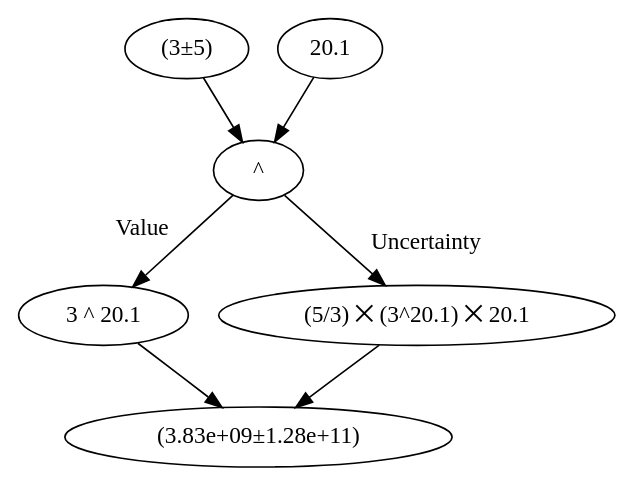
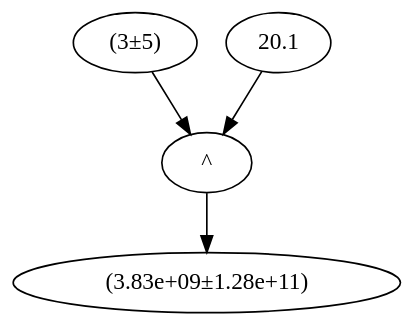
Before and after one commit to thomaslin2020/uncertainty: the diagram in server/scripts/files/file.gv, drawn with Graphviz. The commit also changed 2 other files, not shown here.

```diff
--- a/server/scripts/files/file.gv
+++ b/server/scripts/files/file.gv
@@ -1,14 +1,10 @@
 digraph {
+	bgcolor=transparent
 	0 [label="(3±5)"]
-	13 [label=20.1]
-	12 [label="^"]
-	0 -> 12
-	13 -> 12
-	14 [label="3 ^ 20.1"]
-	15 [label="(5/3) ⨉ (3^20.1) ⨉ 20.1"]
-	12 -> 14 [xlabel=" Value "]
-	12 -> 15 [label=" Uncertainty "]
-	16 [label="(3.83e+09±1.28e+11)"]
-	14 -> 16
-	15 -> 16
+	10 [label=20.1]
+	9 [label="^"]
+	0 -> 9
+	10 -> 9
+	11 [label="(3.83e+09±1.28e+11)"]
+	9 -> 11
 }
```
